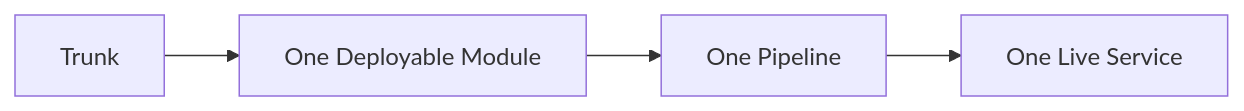
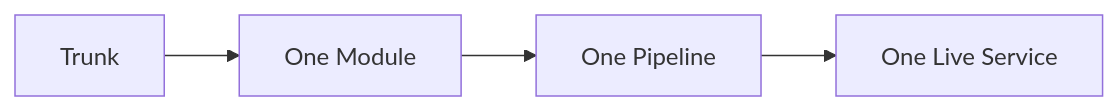
One commit to ready-to-release/eac changed the first of 3 diagrams in docs/explanation/continuous-delivery/core-concepts/unit-of-flow.md. Above: the diagram before and after it, drawn with Mermaid. The commit also changed other lines of this file and 151 other files, not shown here.

````diff
--- a/docs/explanation/continuous-delivery/core-concepts/unit-of-flow.md
+++ b/docs/explanation/continuous-delivery/core-concepts/unit-of-flow.md
@@ -285,6 +96,6 @@
 ```mermaid
 flowchart LR
-    TR[Trunk] --> DU[One Deployable Module]
+    TR[Trunk] --> DU[One Module]
     DU --> PP[One Pipeline]
     PP --> LS[One Live Service]
 ```
````
